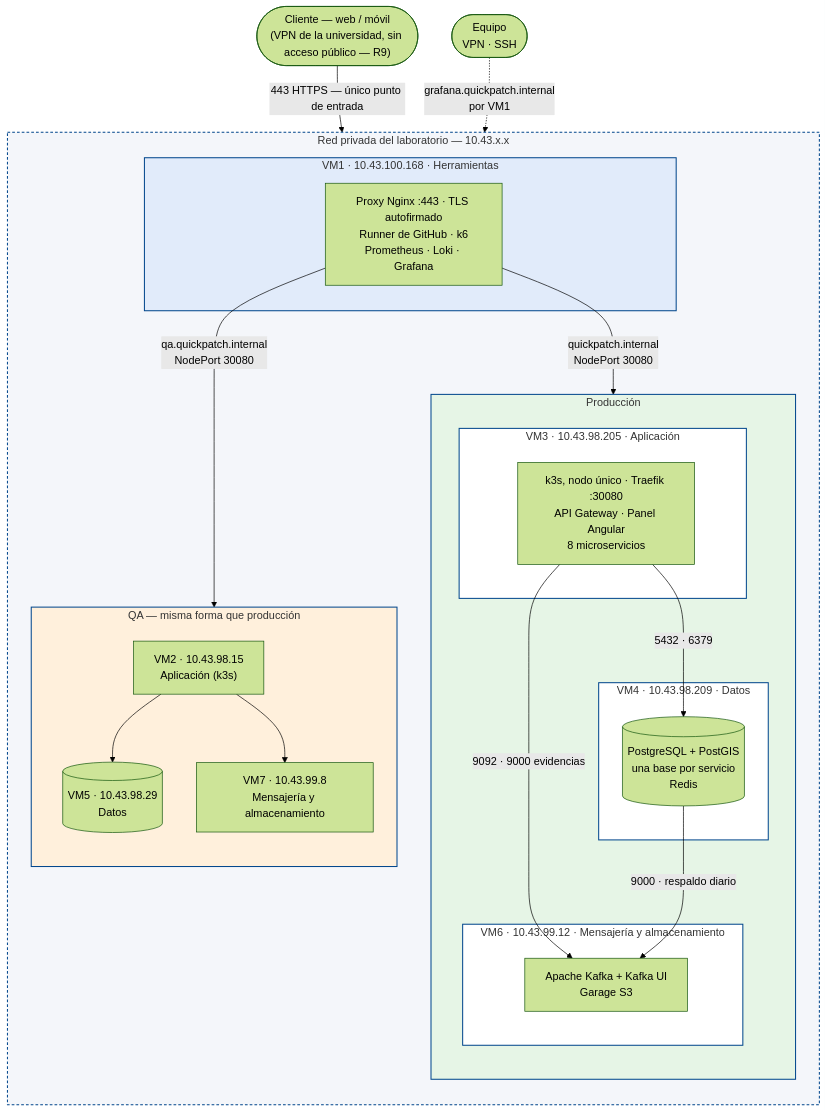
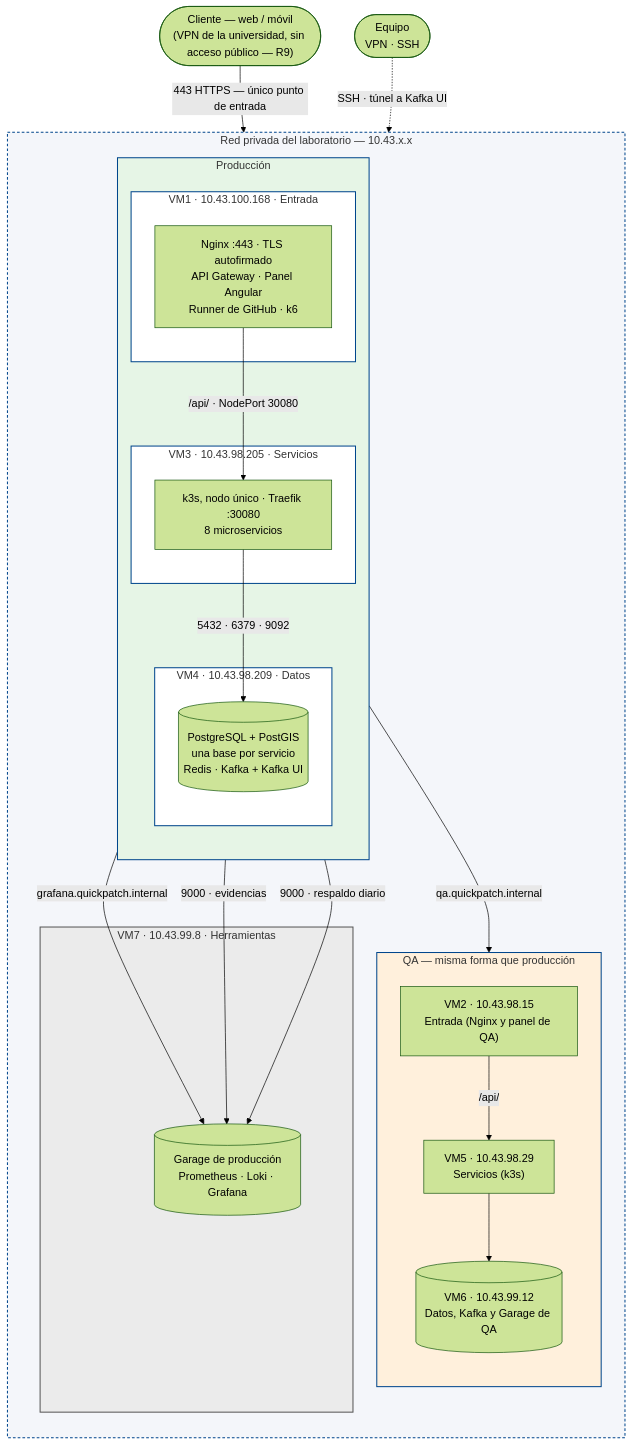
The fifth of 9 diagrams in docs/architecture/SDD.md (ARQUI-202630/quickpatch), drawn with Mermaid (forest theme) before and after one commit. The commit also changed other lines of this file and 13 other files, not shown here.

First line of the commit message:
docs(architecture): adoptar el reparto de VMs de Sebastian como ADR-022

````diff
--- a/docs/architecture/SDD.md
+++ b/docs/architecture/SDD.md
@@ -1312,52 +1311,53 @@
 ```mermaid
 flowchart TB
     CLIENTE(["Cliente — web / móvil<br/>(VPN de la universidad, sin acceso público — R9)"])
     EQUIPO(["Equipo<br/>VPN · SSH"])
 
     subgraph LAB["Red privada del laboratorio — 10.43.x.x"]
     direction TB
 
-        subgraph VM1N["VM1 · 10.43.100.168 · Herramientas"]
-            VM1["Proxy Nginx :443 · TLS autofirmado<br/>Runner de GitHub · k6<br/>Prometheus · Loki · Grafana"]
-        end
-
         subgraph PROD["Producción"]
             direction TB
-            subgraph VM3N["VM3 · 10.43.98.205 · Aplicación"]
-                VM3["k3s, nodo único · Traefik :30080<br/>API Gateway · Panel Angular<br/>8 microservicios"]
+            subgraph VM1N["VM1 · 10.43.100.168 · Entrada"]
+                VM1["Nginx :443 · TLS autofirmado<br/>API Gateway · Panel Angular<br/>Runner de GitHub · k6"]
+            end
+            subgraph VM3N["VM3 · 10.43.98.205 · Servicios"]
+                VM3["k3s, nodo único · Traefik :30080<br/>8 microservicios"]
             end
             subgraph VM4N["VM4 · 10.43.98.209 · Datos"]
-                VM4[("PostgreSQL + PostGIS<br/>una base por servicio<br/>Redis")]
-            end
-            subgraph VM6N["VM6 · 10.43.99.12 · Mensajería y almacenamiento"]
-                VM6["Apache Kafka + Kafka UI<br/>Garage S3"]
+                VM4[("PostgreSQL + PostGIS<br/>una base por servicio<br/>Redis · Kafka + Kafka UI")]
             end
         end
 
         subgraph QA["QA — misma forma que producción"]
             direction TB
-            VM2["VM2 · 10.43.98.15<br/>Aplicación (k3s)"]
-            VM5[("VM5 · 10.43.98.29<br/>Datos")]
-            VM7["VM7 · 10.43.99.8<br/>Mensajería y almacenamiento"]
+            VM2["VM2 · 10.43.98.15<br/>Entrada (Nginx y panel de QA)"]
+            VM5["VM5 · 10.43.98.29<br/>Servicios (k3s)"]
+            VM6[("VM6 · 10.43.99.12<br/>Datos, Kafka y Garage de QA")]
         end
 
-        VM1 -->|"quickpatch.internal<br/>NodePort 30080"| VM3
-        VM1 -->|"qa.quickpatch.internal<br/>NodePort 30080"| VM2
-        VM3 -->|"5432 · 6379"| VM4
-        VM3 -->|"9092 · 9000 evidencias"| VM6
-        VM4 -->|"9000 · respaldo diario"| VM6
-        VM2 --> VM5
-        VM2 --> VM7
+        subgraph VM7N["VM7 · 10.43.99.8 · Herramientas"]
+            VM7[("Garage de producción<br/>Prometheus · Loki · Grafana")]
+        end
+
+        VM1 -->|"/api/ · NodePort 30080"| VM3
+        VM1 -->|"qa.quickpatch.internal"| VM2
+        VM1 -->|"grafana.quickpatch.internal"| VM7
+        VM3 -->|"5432 · 6379 · 9092"| VM4
+        VM3 -->|"9000 · evidencias"| VM7
+        VM4 -->|"9000 · respaldo diario"| VM7
+        VM2 -->|"/api/"| VM5
+        VM5 --> VM6
     end
 
     CLIENTE -->|"443 HTTPS — único punto de entrada"| VM1
-    EQUIPO -.->|"grafana.quickpatch.internal<br/>por VM1"| VM1
+    EQUIPO -.->|"SSH · túnel a Kafka UI"| VM4
 
     style LAB fill:#f4f6fa,stroke:#00468C,stroke-width:1.5px,stroke-dasharray:4 3
-    style VM1N fill:#E1EBFA,stroke:#00468C,stroke-width:1.5px
     style PROD fill:#E6F5E6,stroke:#00468C,stroke-width:1.5px
     style QA fill:#FFF0DC,stroke:#00468C,stroke-width:1.5px
+    style VM7N fill:#EBEBEB,stroke:#555555,stroke-width:1.5px
+    style VM1N fill:#FFFFFF,stroke:#00468C,stroke-width:1.5px
     style VM3N fill:#FFFFFF,stroke:#00468C,stroke-width:1.5px
     style VM4N fill:#FFFFFF,stroke:#00468C,stroke-width:1.5px
-    style VM6N fill:#FFFFFF,stroke:#00468C,stroke-width:1.5px
 ```
````
